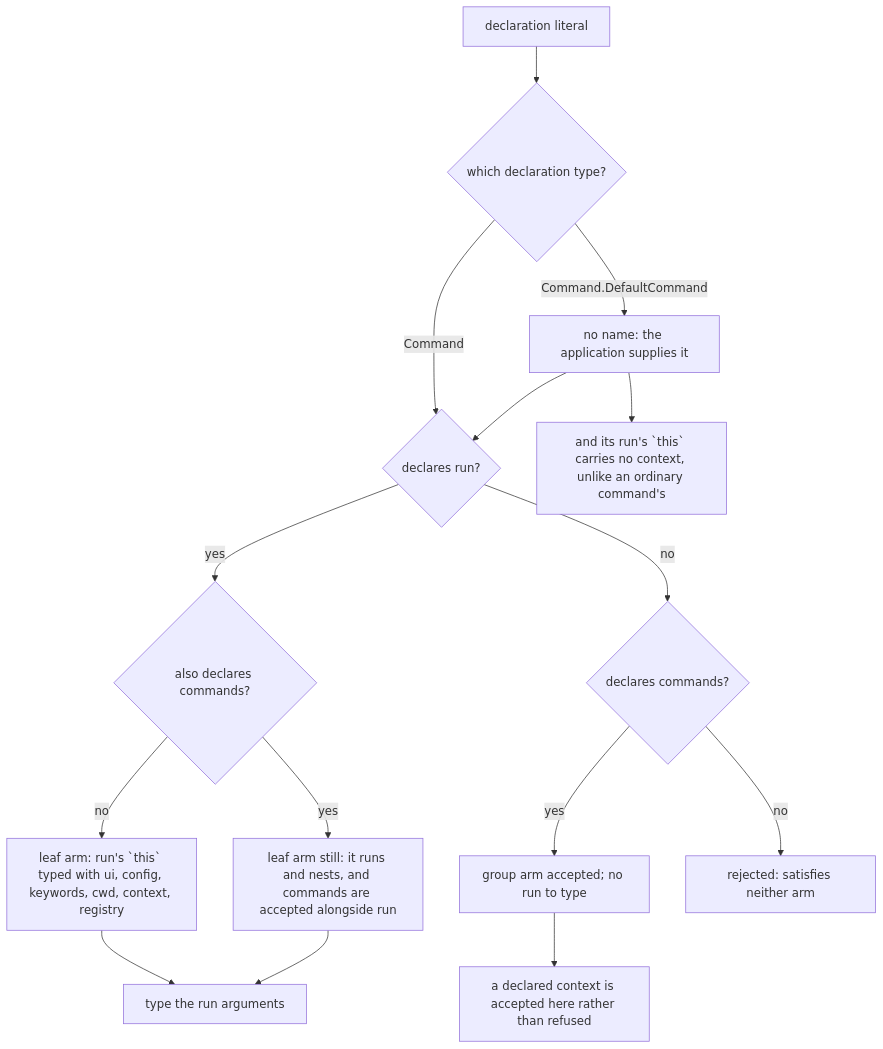
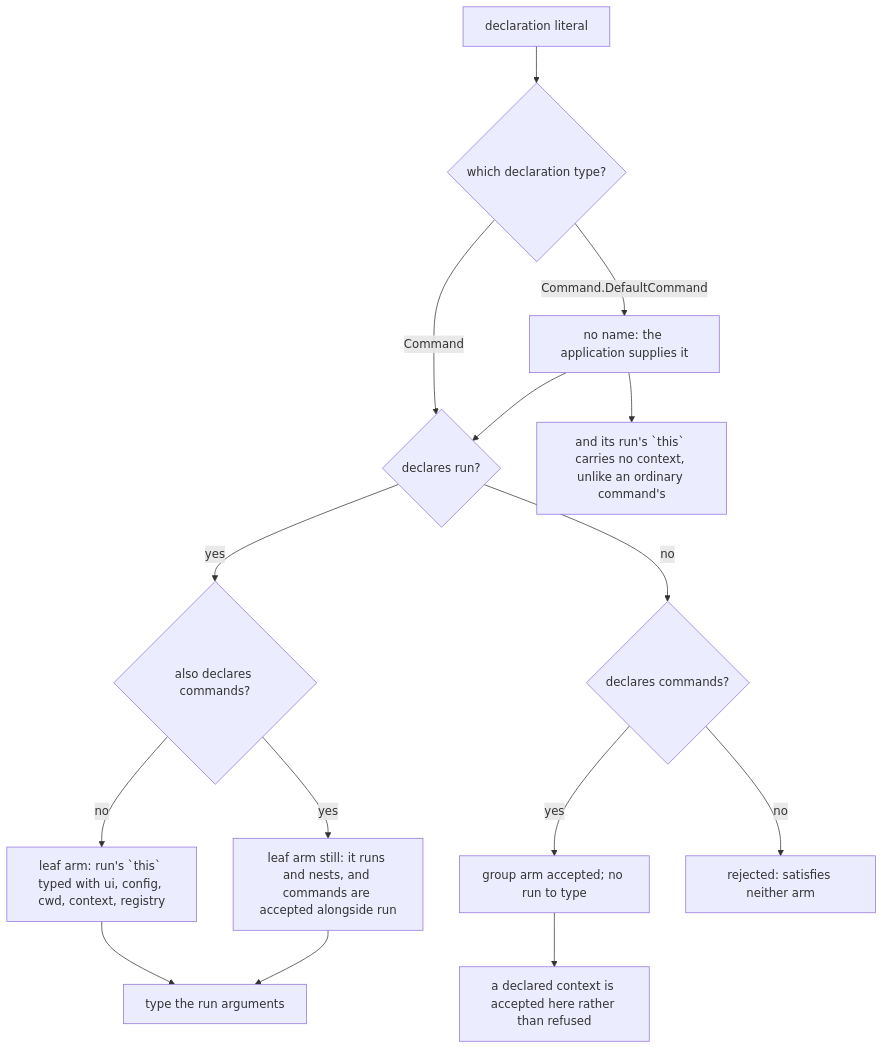
Before and after one commit to clibuilder/clibuilder: the first of 4 diagrams in packages/clibuilder/.agents/spec/command-definition/README.md, drawn with Mermaid. The commit also changed other lines of this file and 150 other files, not shown here.

````diff
--- a/packages/clibuilder/.agents/spec/command-definition/README.md
+++ b/packages/clibuilder/.agents/spec/command-definition/README.md
@@ -157,17 +157,17 @@
 ```mermaid
 graph TD
   D[declaration literal] --> ND{which declaration type?}
   ND -- "Command" --> R{declares run?}
   ND -- "Command.DefaultCommand" --> DFC[no name: the application supplies it]
   DFC --> DFCX[and its run's `this` carries no context, unlike an ordinary command's]
   DFC --> R
   R -- yes --> RN{also declares commands?}
-  RN -- no --> RC[leaf arm: run's `this` typed with ui, config, keywords, cwd, context, registry]
+  RN -- no --> RC[leaf arm: run's `this` typed with ui, config, cwd, context, registry]
   RN -- yes --> RB[leaf arm still: it runs and nests, and commands are accepted alongside run]
   R -- no --> C{declares commands?}
   C -- yes --> GC[group arm accepted; no run to type]
   GC --> GCX[a declared context is accepted here rather than refused]
   C -- no --> X[rejected: satisfies neither arm]
   RC --> ARGS[type the run arguments]
   RB --> ARGS
 ```
````
